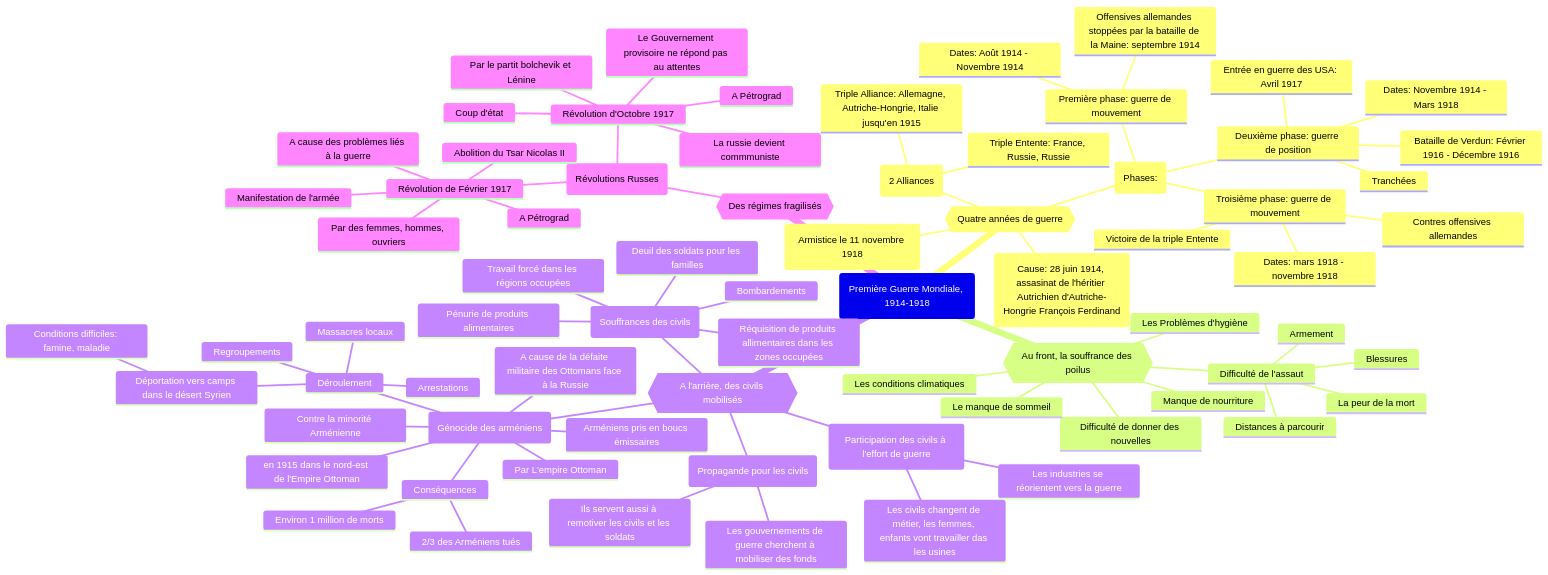
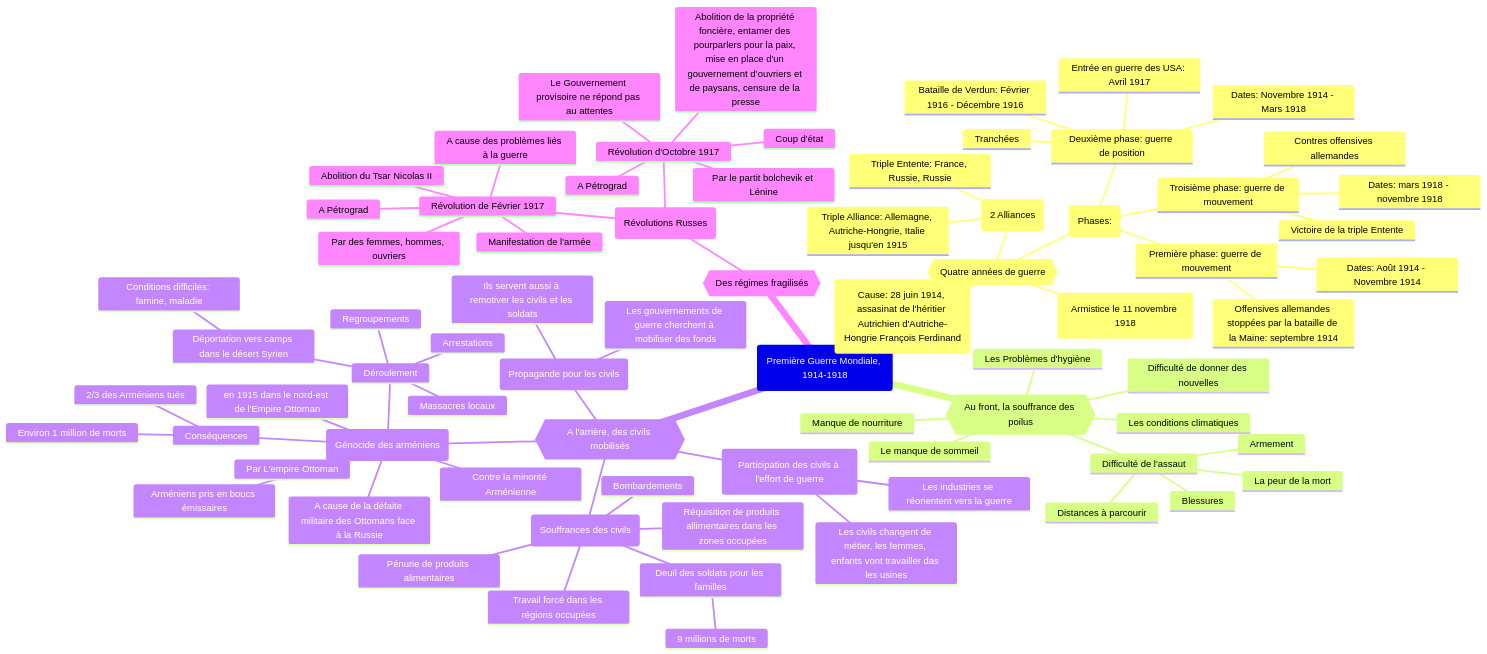
The second of 2 diagrams in docs/history-geography/theme1/chapter1/main.md (Labfox/Cours), drawn with Mermaid before and after one commit. The commit also changed 9 other files, not shown here.

````diff
--- a/docs/history-geography/theme1/chapter1/main.md
+++ b/docs/history-geography/theme1/chapter1/main.md
@@ -222,76 +222,77 @@
 ```mermaid
 mindmap
     root(Première Guerre Mondiale, 1914-1918)
         {{Quatre années de guerre}}
             (Cause: 28 juin 1914, assasinat de l#39;héritier Autrichien d#39;Autriche-Hongrie François Ferdinand)
             (2 Alliances)
                 Triple Entente: France, Russie, Russie
                 Triple Alliance: Allemagne, Autriche-Hongrie, Italie jusqu#39;en 1915
             (Phases:)
                 Première phase: guerre de mouvement
                     Dates: Août 1914 - Novembre 1914
                     Offensives allemandes stoppées par la bataille de la Maine: septembre 1914
                 Deuxième phase: guerre de position
                     Dates: Novembre 1914 - Mars 1918
                     Tranchées
                     Bataille de Verdun: Février 1916 - Décembre 1916
                     Entrée en guerre des USA: Avril 1917
                 Troisième phase: guerre de mouvement
                     Dates: mars 1918 - novembre 1918
                     Contres offensives allemandes
                     Victoire de la triple Entente
             (Armistice le 11 novembre 1918)
         {{Au front, la souffrance des poilus}}
             Difficulté de l#39;assaut
                 Distances à parcourir
                 Armement
                 Blessures
                 La peur de la mort
             Manque de nourriture
             Difficulté de donner des nouvelles
             Les conditions climatiques
             Le manque de sommeil
             Les Problèmes d#39;hygiène
         {{A l#39;arrière, des civils mobilisés}}
             (Participation des civils à l#39;effort de guerre)
                 Les industries se réorientent vers la guerre
                 Les civils changent de métier, les femmes, enfants vont travailler das les usines
             (Propagande pour les civils)
                 Les gouvernements de guerre cherchent à mobiliser des fonds
                 Ils servent aussi à remotiver les civils et les soldats
             (Souffrances des civils)
                 Pénurie de produits alimentaires
                 Deuil des soldats pour les familles
+                    9 millions de morts
                 Réquisition de produits allimentaires dans les zones occupées
                 Bombardements
                 Travail forcé dans les régions occupées
             (Génocide des arméniens)
                     en 1915 dans le nord-est de l#39;Empire Ottoman
                     Par L#39;empire Ottoman
                     Contre la minorité Arménienne
                     A cause de la défaite militaire des Ottomans face à la Russie
                     Arméniens pris en boucs émissaires
                     Déroulement
                         Arrestations
                         Regroupements
                         Massacres locaux
                         Déportation vers camps dans le désert Syrien
                             Conditions difficiles: famine, maladie
                     Conséquences
                         2/3 des Arméniens tués
                         Environ 1 million de morts
         {{Des régimes fragilisés}}
             (Révolutions Russes)
                 Révolution de Février 1917
                     Par des femmes, hommes, ouvriers
                     A Pétrograd
                     A cause des problèmes liés à la guerre
                     Manifestation de l#39;armée
                     Abolition du Tsar Nicolas II
                 Révolution d#39;Octobre 1917
                     Par le partit bolchevik et Lénine
                     A Pétrograd
                     Le Gouvernement provisoire ne répond pas au attentes
                     Coup d#39;état
-                    La russie devient commmuniste
+                    Abolition de la propriété foncière, entamer des pourparlers pour la paix, mise en place d'un gouvernement d’ouvriers et de paysans, censure de la presse
 ```
````
